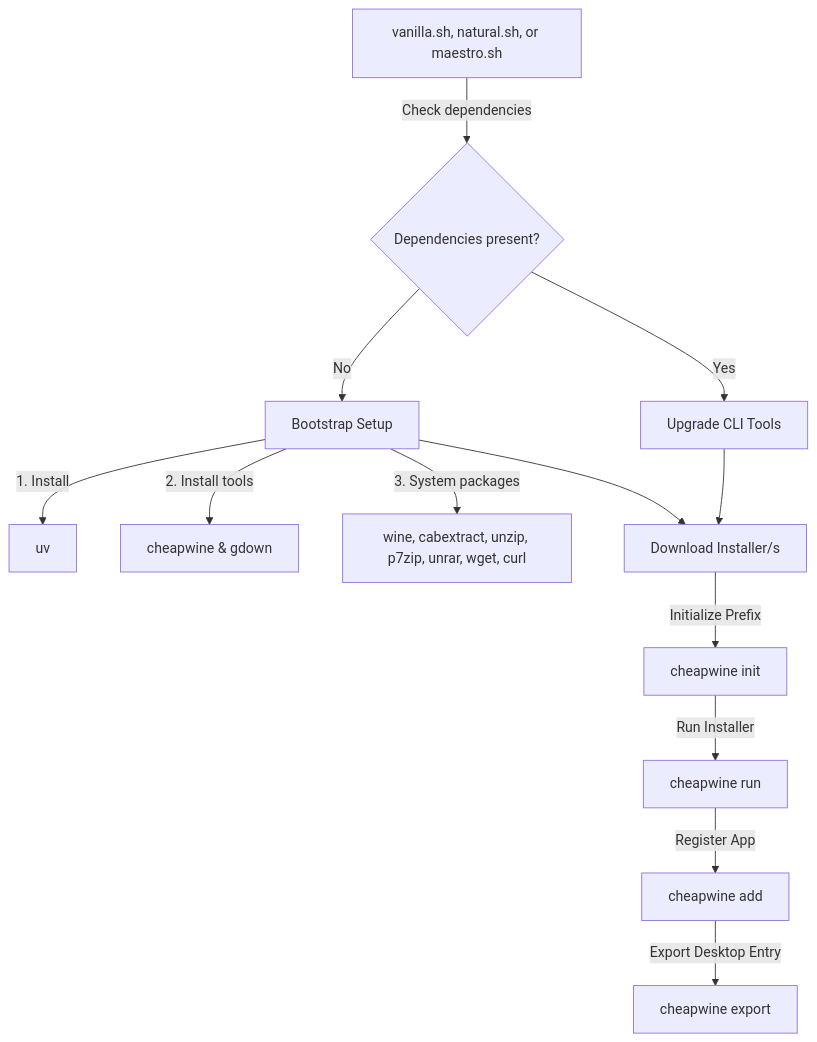
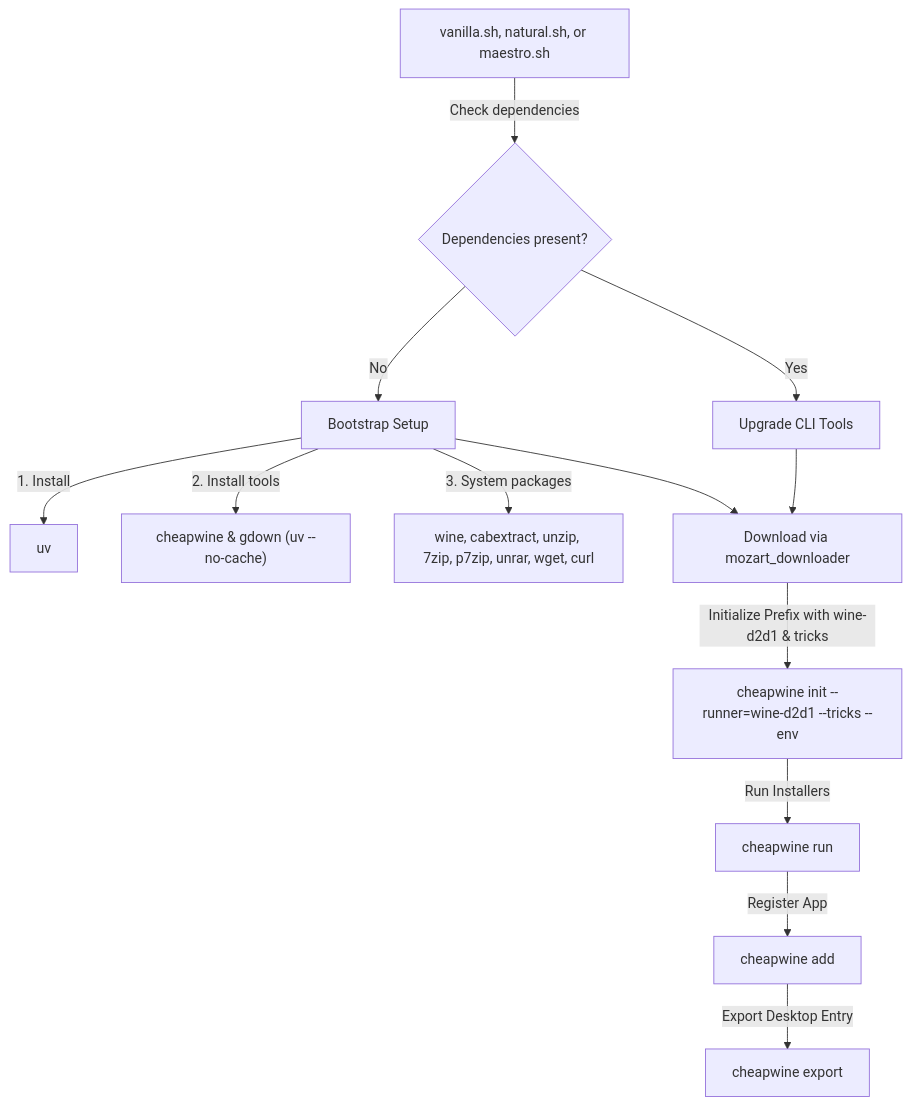
The diagram in README.md (HeapHeapHooray/getfruity), drawn with Mermaid before and after one commit. The commit also changed other lines of this file and 3 other files, not shown here.

First line of the commit message:
refactor: standardize scripts with mozart-downloader and wine-d2d1 runner

````diff
--- a/README.md
+++ b/README.md
@@ -27,15 +29,15 @@
 ```mermaid
 graph TD
     A["vanilla.sh, natural.sh, or maestro.sh"] -->|Check dependencies| B{"Dependencies present?"}
     B -->|No| C[Bootstrap Setup]
     C -->|1. Install| D[uv]
-    C -->|2. Install tools| E["cheapwine & gdown"]
-    C -->|3. System packages| F["wine, cabextract, unzip, p7zip, unrar, wget, curl"]
+    C -->|2. Install tools| E["cheapwine & gdown (uv --no-cache)"]
+    C -->|3. System packages| F["wine, cabextract, unzip, 7zip, p7zip, unrar, wget, curl"]
     B -->|Yes| G["Upgrade CLI Tools"]
-    G --> H[Download Installer/s]
+    G --> H["Download via mozart_downloader"]
     C --> H
-    H -->|Initialize Prefix| I[cheapwine init]
-    I -->|Run Installer| J[cheapwine run]
+    H -->|Initialize Prefix with wine-d2d1 & tricks| I["cheapwine init --runner=wine-d2d1 --tricks --env"]
+    I -->|Run Installers| J[cheapwine run]
     J -->|Register App| K[cheapwine add]
     K -->|Export Desktop Entry| L[cheapwine export]
 ```
````
